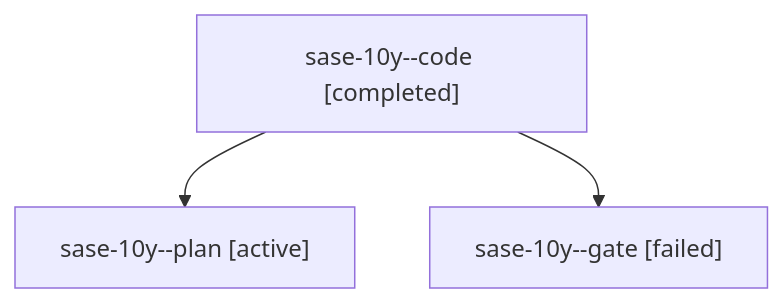
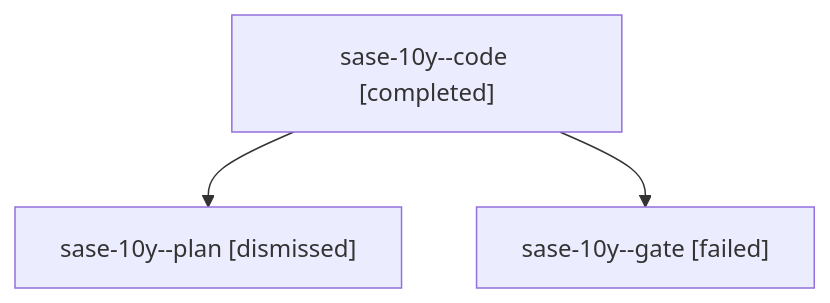
One commit to sase-org/sase--agents changed the diagram in sessions/bbugyi200.athena.sase-10y.md. Above: the diagram before and after it, drawn with Mermaid. The commit also changed other lines of this file and 104 other files, not shown here.

````diff
--- a/sessions/bbugyi200.athena.sase-10y.md
+++ b/sessions/bbugyi200.athena.sase-10y.md
@@ -9,8 +9,8 @@
 ```mermaid
 flowchart TD
   n0["sase-10y--code [completed]"]
-  n1["sase-10y--plan [active]"]
+  n1["sase-10y--plan [dismissed]"]
   n0 --> n1
   n2["sase-10y--gate [failed]"]
   n0 --> n2
 ```
````
